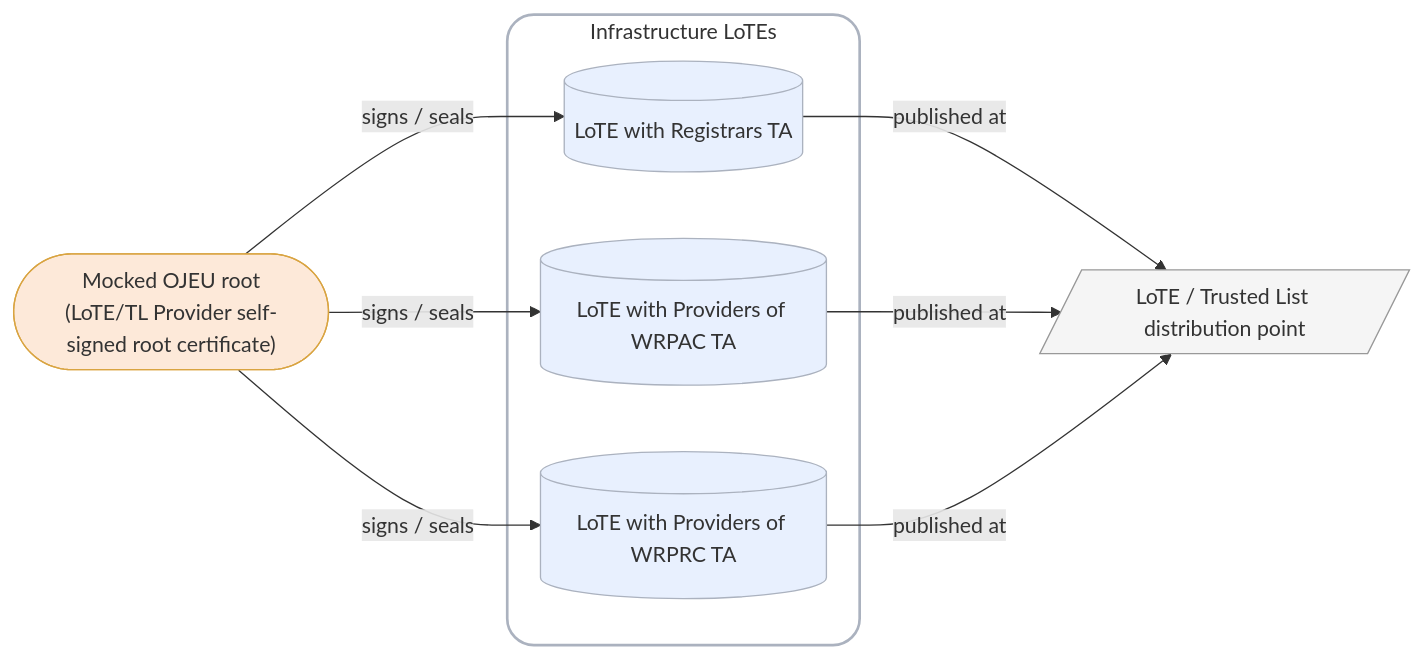
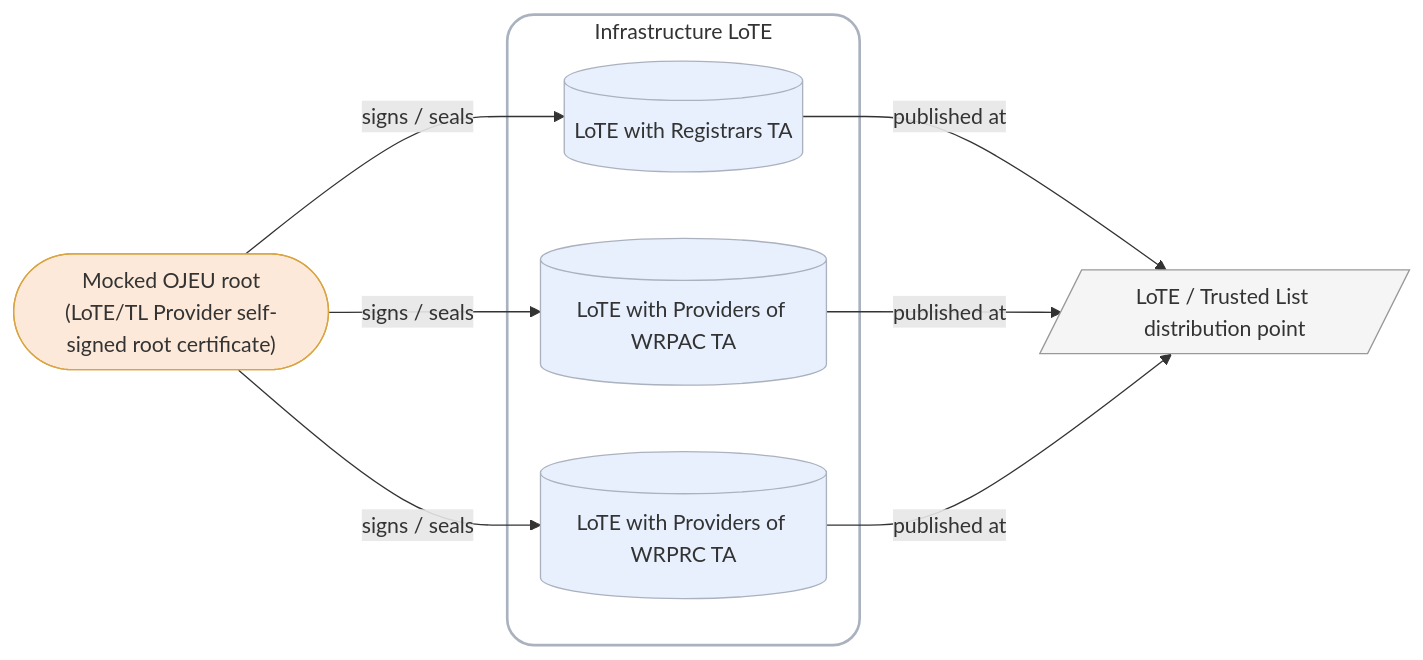
The second of 5 diagrams in docs/topics/onboarding-process.md (APTITUDE-Consortium/wp2-trust-specifications), drawn with Mermaid before and after one commit. The commit also changed other lines of this file, not shown here.

````diff
--- a/docs/topics/onboarding-process.md
+++ b/docs/topics/onboarding-process.md
@@ -68,29 +66,29 @@
 ```mermaid
 graph LR
 
     OJEU(["Mocked OJEU root<br/>(LoTE/TL Provider self-signed root certificate)"])
 
-    subgraph LoTEs["Infrastructure LoTEs"]
+    subgraph LoTEs["Infrastructure LoTE"]
         L1[("LoTE with Registrars TA")]
         L2[("LoTE with Providers of WRPAC TA")]
         L3[("LoTE with Providers of WRPRC TA")]
     end
 
     DP[/"LoTE / Trusted List distribution point"/]
 
     OJEU -->|"signs / seals"| L1
     OJEU -->|"signs / seals"| L2
     OJEU -->|"signs / seals"| L3
     L1 -->|"published at"| DP
     L2 -->|"published at"| DP
     L3 -->|"published at"| DP
 
     %% Style
     style LoTEs fill:#ffff,stroke:#abb2bf,stroke-width:2px,rx:20,ry:20
     classDef list fill:#e8f0fe,stroke:#abb2bf
     classDef dp fill:#f5f5f5,stroke:#999
     classDef root fill:#fde9d9,stroke:#d9a441
     class L1,L2,L3 list;
     class OJEU root;
     class DP dp;
 ```
````
